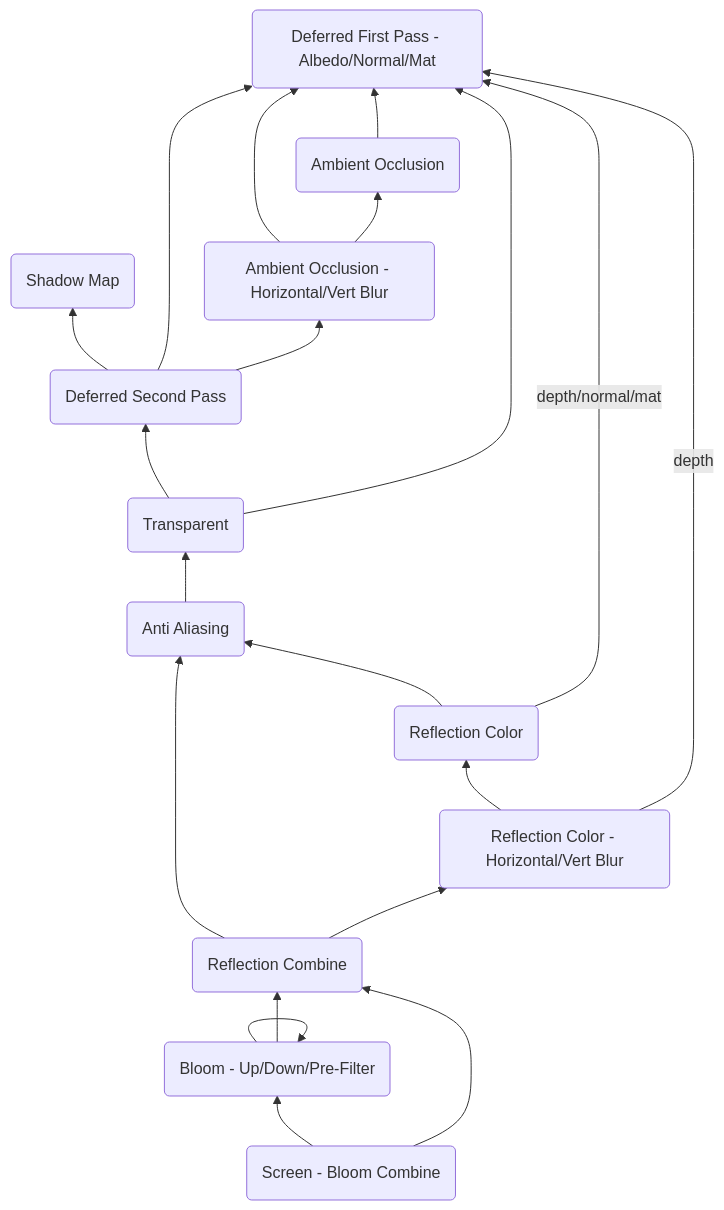
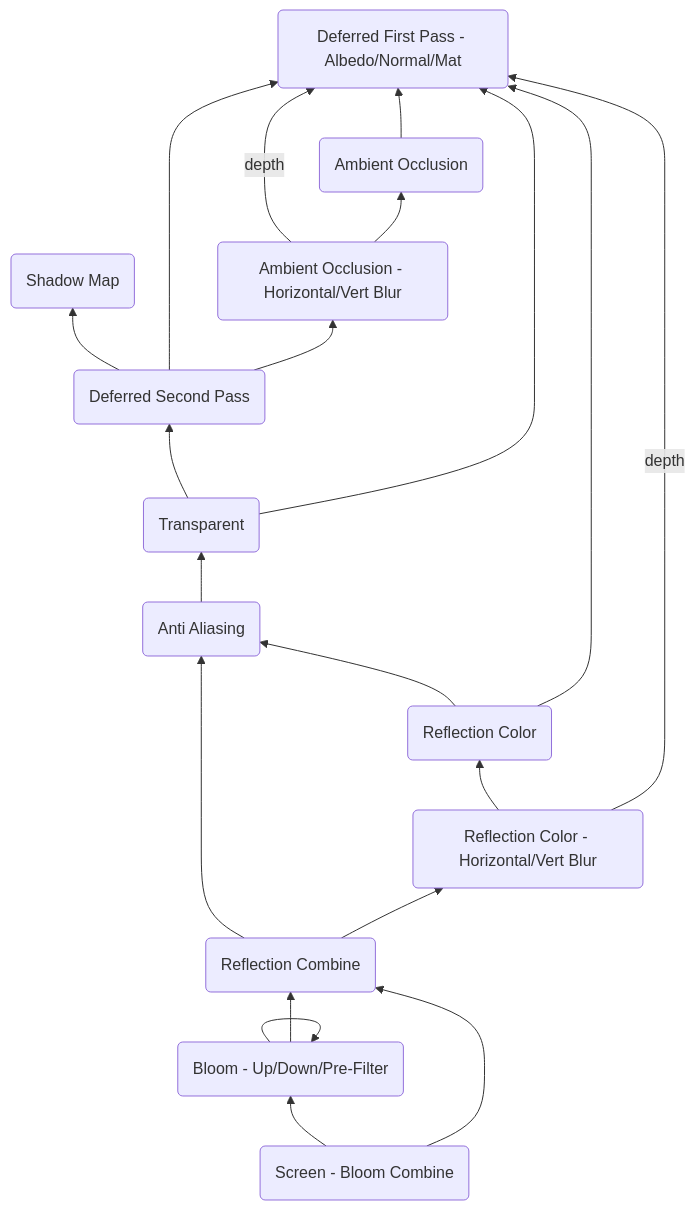
The diagram in 3dEngine/docs/DependencyGraph.md (petitg1987/urchinEngine), drawn with Mermaid before and after one commit. The commit also changed 1 other file, not shown here.

Commit message:
Screen Space Reflection - part 22

````diff
--- a/3dEngine/docs/DependencyGraph.md
+++ b/3dEngine/docs/DependencyGraph.md
@@ -3,22 +3,22 @@
 ```mermaid
 graph BT
     Screen(Screen - Bloom Combine) --> Bloom(Bloom - Up/Down/Pre-Filter)
     Screen --> ReflectionCombine(Reflection Combine)
     Bloom --> Bloom
     Bloom --> ReflectionCombine
     ReflectionCombine --> AntiAliasing(Anti Aliasing)
     ReflectionCombine --> ReflectionColorBlur(Reflection Color - Horizontal/Vert Blur)
     ReflectionColorBlur --> ReflectionColor(Reflection Color)
     ReflectionColorBlur -->|depth| DeferredFirstPass(Deferred First Pass - Albedo/Normal/Mat)
     ReflectionColor --> AntiAliasing(Anti Aliasing)
-    ReflectionColor -->|depth/normal/mat| DeferredFirstPass
+    ReflectionColor --> DeferredFirstPass
     AntiAliasing --> Transparent(Transparent)
     Transparent --> DeferredSecondPass(Deferred Second Pass)
     DeferredSecondPass --> ShadowMap(Shadow Map)
     DeferredSecondPass --> DeferredFirstPass
     Transparent --> DeferredFirstPass
     DeferredSecondPass --> AmbientOcclusionBlur(Ambient Occlusion - Horizontal/Vert Blur)
-    AmbientOcclusionBlur --> DeferredFirstPass
+    AmbientOcclusionBlur -->|depth| DeferredFirstPass
     AmbientOcclusionBlur --> AmbientOcclusion(Ambient Occlusion)
     AmbientOcclusion --> DeferredFirstPass
 ```
````
